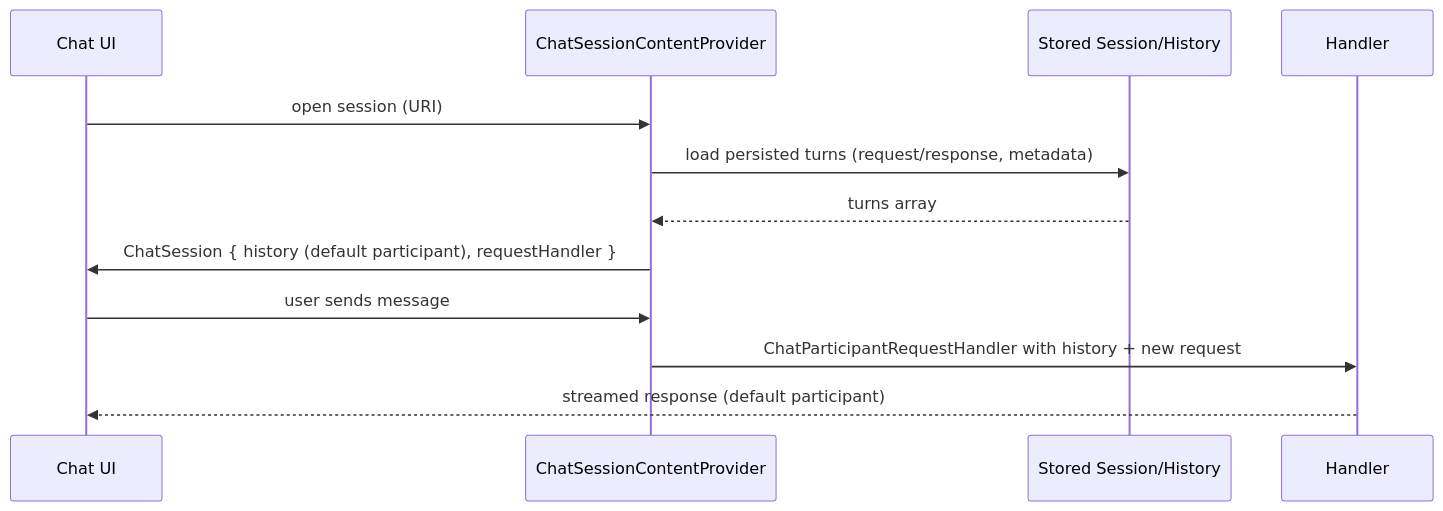
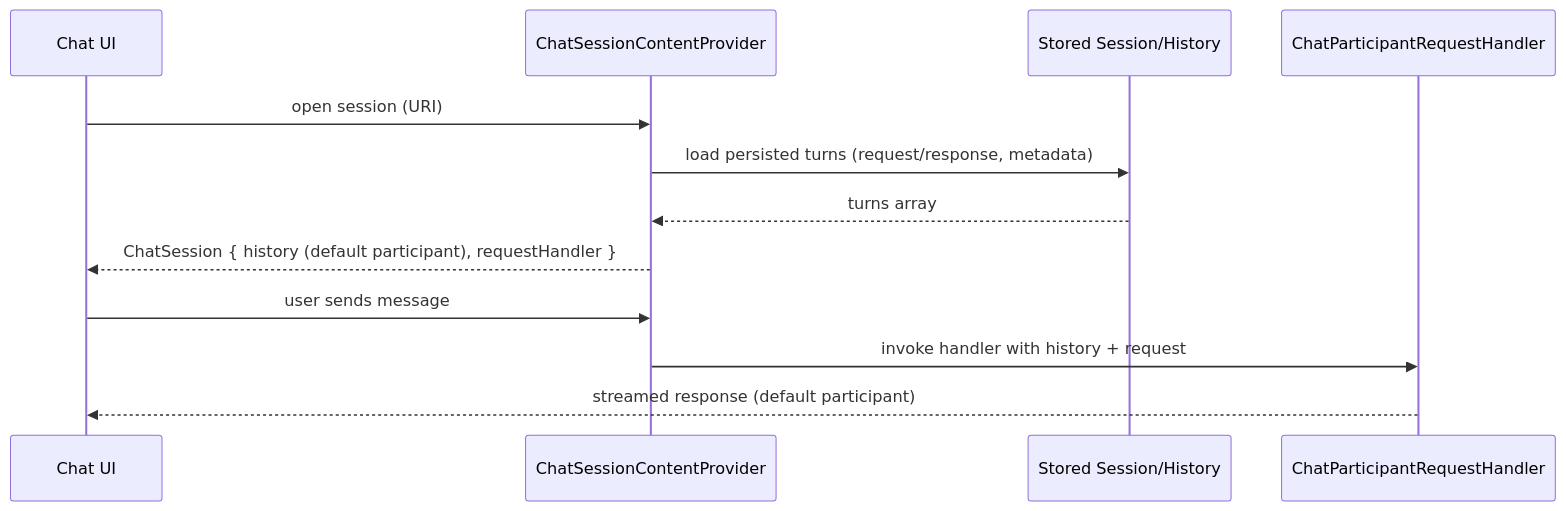
The first of 2 diagrams in docs/replay-native-parity-study.md (yulongbai-nov/vscode-copilot-chat), drawn with Mermaid before and after one commit. The commit also changed other lines of this file, not shown here.

Commit message:
Fix replay parity mermaid diagrams

````diff
--- a/docs/replay-native-parity-study.md
+++ b/docs/replay-native-parity-study.md
@@ -64,13 +64,14 @@
 ```mermaid
 sequenceDiagram
     participant UI as Chat UI
     participant Prov as ChatSessionContentProvider
     participant Store as Stored Session/History
+    participant Handler as ChatParticipantRequestHandler
     UI->>Prov: open session (URI)
     Prov->>Store: load persisted turns (request/response, metadata)
     Store-->>Prov: turns array
-    Prov->>UI: ChatSession { history (default participant), requestHandler }
+    Prov-->>UI: ChatSession { history (default participant), requestHandler }
     UI->>Prov: user sends message
-    Prov->>Handler: ChatParticipantRequestHandler with history + new request
+    Prov->>Handler: invoke handler with history + request
     Handler-->>UI: streamed response (default participant)
 ```
````
